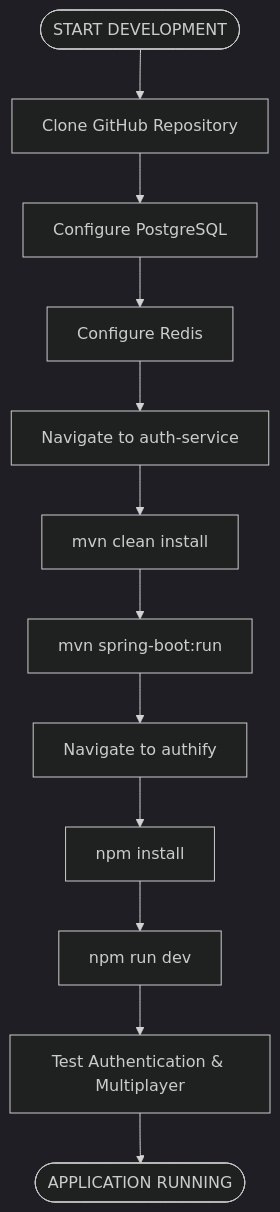
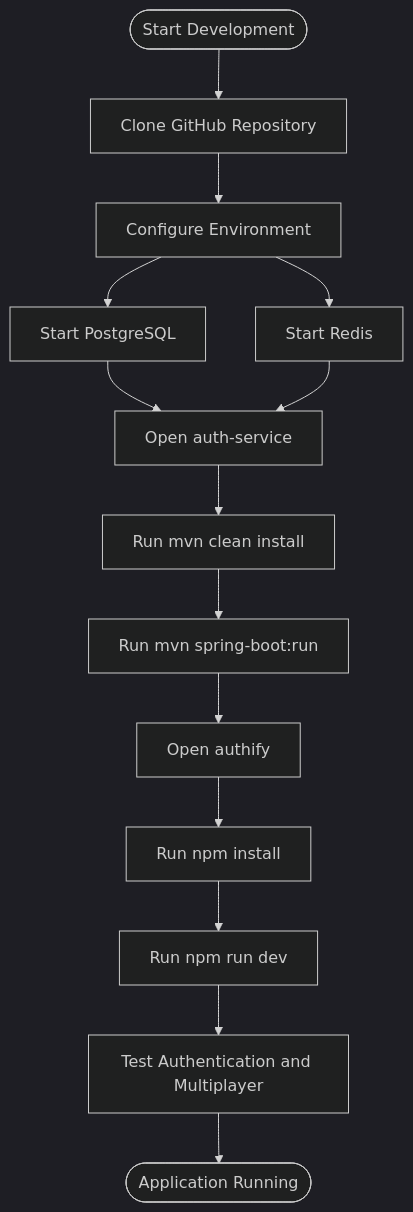
One commit to AnshCyberSec/nexus-arena changed diagram 17 of 18 in README.md. Above: the diagram before and after it, drawn with Mermaid (dark theme). The commit also changed other lines of this file, not shown here.

````diff
--- a/README.md
+++ b/README.md
@@ -605,19 +582,23 @@
 ```mermaid
 flowchart TD
-    START(["START DEVELOPMENT"])
+    START(["Start Development"])
 
     START --> CLONE["Clone GitHub Repository"]
-    CLONE --> DB["Configure PostgreSQL"]
-    DB --> REDIS["Configure Redis"]
-    REDIS --> BACKEND["Navigate to auth-service"]
+    CLONE --> CONFIG["Configure Environment"]
 
-    BACKEND --> BUILD["mvn clean install"]
-    BUILD --> RUNBACK["mvn spring-boot:run"]
+    CONFIG --> DB["Start PostgreSQL"]
+    CONFIG --> REDIS["Start Redis"]
 
-    RUNBACK --> FRONTEND["Navigate to authify"]
-    FRONTEND --> INSTALL["npm install"]
-    INSTALL --> RUNFRONT["npm run dev"]
+    DB --> BACKEND["Open auth-service"]
+    REDIS --> BACKEND
 
-    RUNFRONT --> TEST["Test Authentication & Multiplayer"]
-    TEST --> END(["APPLICATION RUNNING"])
+    BACKEND --> BUILD["Run mvn clean install"]
+    BUILD --> RUNBE["Run mvn spring-boot:run"]
+
+    RUNBE --> FRONTEND["Open authify"]
+    FRONTEND --> INSTALL["Run npm install"]
+    INSTALL --> RUNFE["Run npm run dev"]
+
+    RUNFE --> TEST["Test Authentication and Multiplayer"]
+    TEST --> END(["Application Running"])
 ```
````
